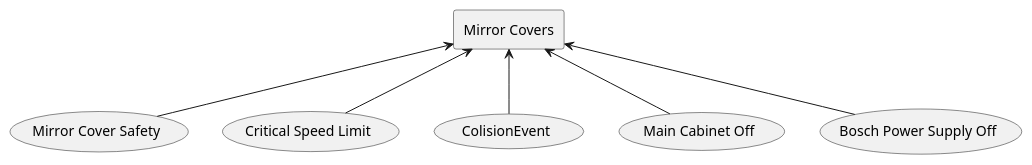
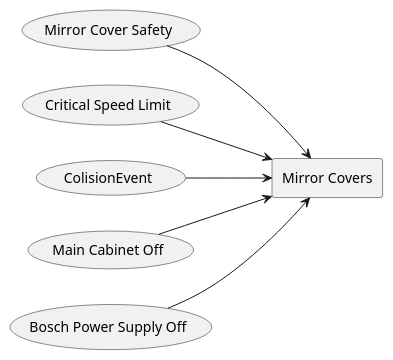
One commit to lsst-ts/ts_tma_tma-documentation_tma-faults changed diagram 12 of 18 in README.md. Above: the diagram before and after it, drawn with PlantUML. The commit also changed other lines of this file, not shown here.

Commit message:
refactor: change the diagrams to be left to right instead of top to bottom

````diff
--- a/README.md
+++ b/README.md
@@ -800,21 +810,22 @@
 ```plantuml
 @startuml
+left to right direction
 rectangle "Mirror Covers" as MirrorCovers
 usecase "Mirror Cover Safety" as MirrorCoverSafety
 
-MirrorCoverSafety -u-> MirrorCovers
+MirrorCoverSafety --> MirrorCovers
 usecase "Critical Speed Limit" as CriticalSpeedLimit
 
-CriticalSpeedLimit -u-> MirrorCovers
+CriticalSpeedLimit --> MirrorCovers
 usecase "ColisionEvent" as ColisionEvent
 
-ColisionEvent -u-> MirrorCovers
+ColisionEvent --> MirrorCovers
 usecase "Main Cabinet Off" as MainCabinetOff
 
-MainCabinetOff -u-> MirrorCovers
+MainCabinetOff --> MirrorCovers
 usecase "Bosch Power Supply Off" as BoschPowerSupplyOff
 
-BoschPowerSupplyOff -u-> MirrorCovers
+BoschPowerSupplyOff --> MirrorCovers
 
 @enduml
 ```
````
